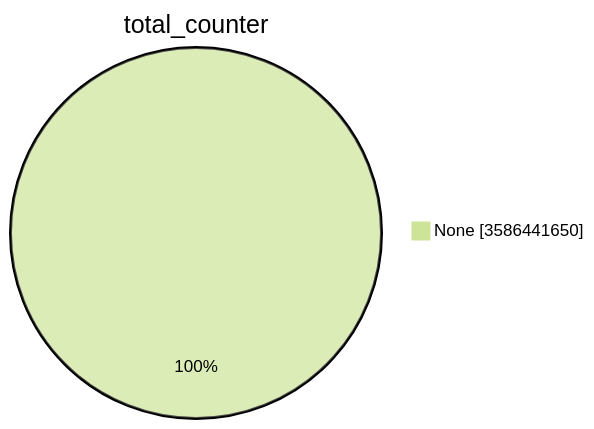
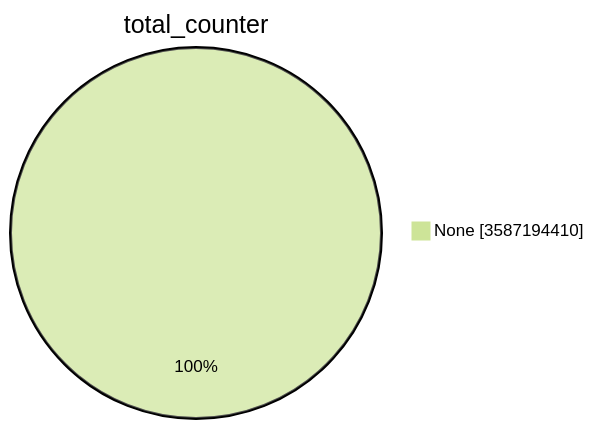
Before and after one commit to christiankrug/ctmonitor_visualization: the first of 15 diagrams in TOTAL/README.md, drawn with Mermaid (forest theme). The commit also changed other lines of this file, not shown here.

````diff
--- a/TOTAL/README.md
+++ b/TOTAL/README.md
@@ -1,5 +1,5 @@
 ```mermaid
 pie showData
 title total_counter
-"None" :3586441650
+"None" :3587194410
 ```
````
